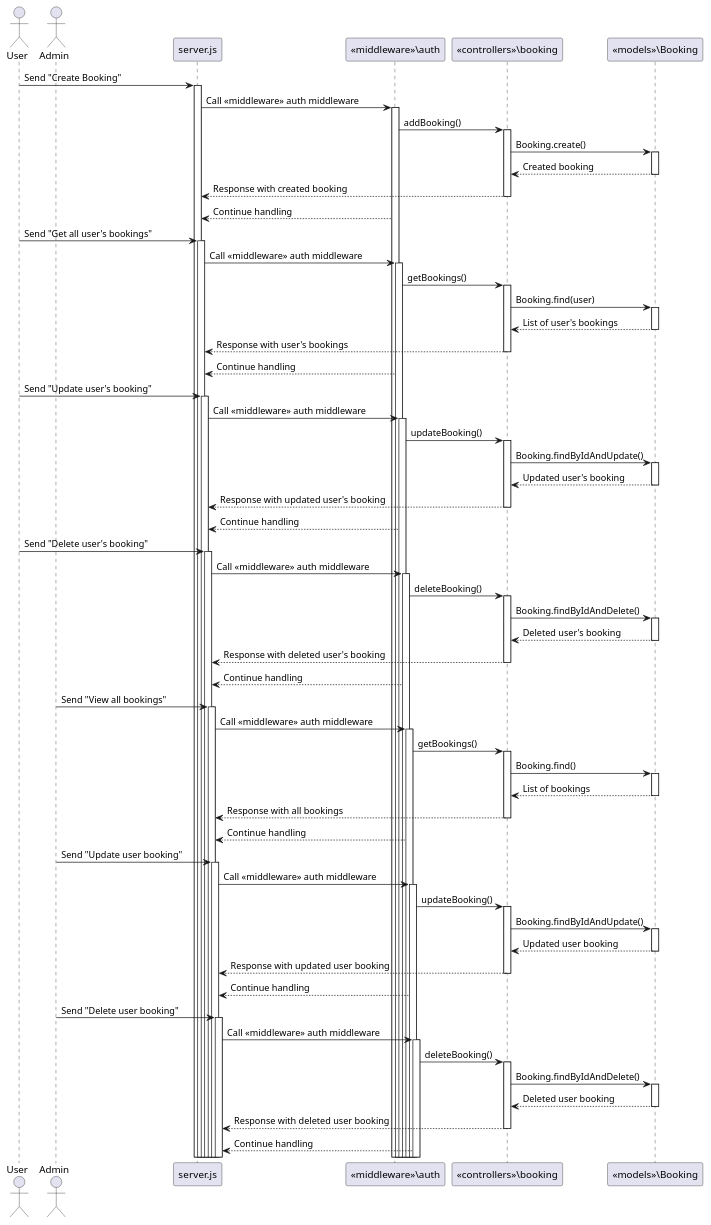
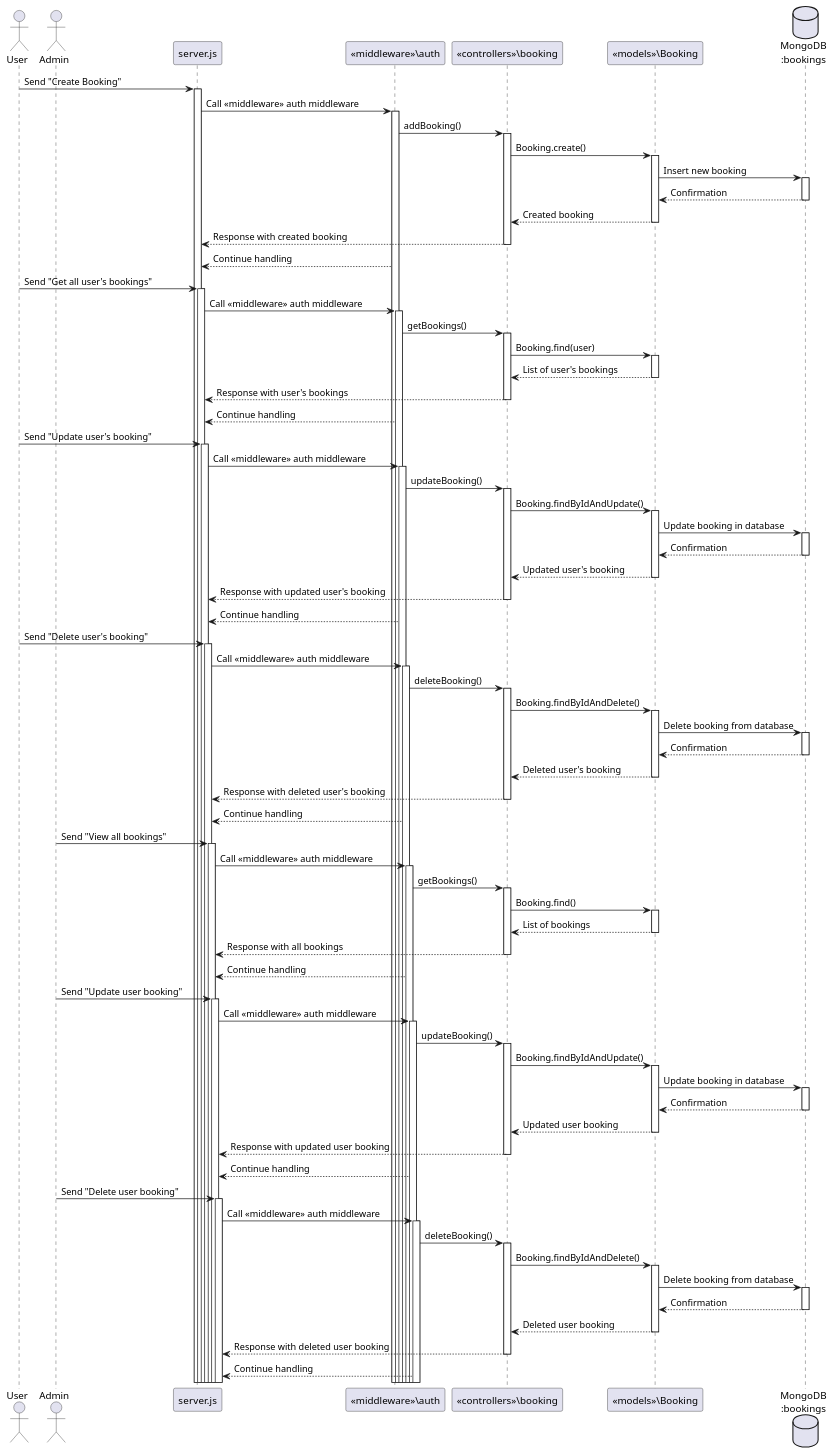
One commit to 2110503TACEDT66/presentation-day-1-becauseofyouicry changed the diagram in Sequence Diagram/booking.puml. Above: the diagram before and after it, drawn with PlantUML.

Commit message:
reqD booking3 I hope this final

```diff
--- a/Sequence Diagram/booking.puml
+++ b/Sequence Diagram/booking.puml
@@ -1,108 +1,129 @@
 @startuml
 
 actor User
 actor Admin
 participant "server.js" as Server
 participant "<<middleware>>\auth" as AuthMiddleware
 participant "<<controllers>>\booking" as BookingController
 participant "<<models>>\Booking" as BookingModel
+database "MongoDB\n:bookings" as MongoDB
 
 User -> Server: Send "Create Booking"
 activate Server
 Server -> AuthMiddleware: Call <<middleware>> auth middleware
 activate AuthMiddleware
 AuthMiddleware -> BookingController: addBooking()
 activate BookingController
 BookingController -> BookingModel: Booking.create()
 activate BookingModel
+BookingModel -> MongoDB: Insert new booking
+activate MongoDB
+MongoDB --> BookingModel: Confirmation
+deactivate MongoDB
 BookingModel --> BookingController: Created booking
 deactivate BookingModel
 BookingController --> Server: Response with created booking
 deactivate BookingController
 AuthMiddleware --> Server: Continue handling
 
 User -> Server: Send "Get all user's bookings"
 activate Server
 Server -> AuthMiddleware: Call <<middleware>> auth middleware
 activate AuthMiddleware
 AuthMiddleware -> BookingController: getBookings()
 activate BookingController
 BookingController -> BookingModel: Booking.find(user)
 activate BookingModel
 BookingModel --> BookingController: List of user's bookings
 deactivate BookingModel
 BookingController --> Server: Response with user's bookings
 deactivate BookingController
 AuthMiddleware --> Server: Continue handling
 
 User -> Server: Send "Update user's booking"
 activate Server
 Server -> AuthMiddleware: Call <<middleware>> auth middleware
 activate AuthMiddleware
 AuthMiddleware -> BookingController: updateBooking()
 activate BookingController
 BookingController -> BookingModel: Booking.findByIdAndUpdate()
 activate BookingModel
+BookingModel -> MongoDB: Update booking in database
+activate MongoDB
+MongoDB --> BookingModel: Confirmation
+deactivate MongoDB
 BookingModel --> BookingController: Updated user's booking
 deactivate BookingModel
 BookingController --> Server: Response with updated user's booking
 deactivate BookingController
 AuthMiddleware --> Server: Continue handling
 
 User -> Server: Send "Delete user's booking"
 activate Server
 Server -> AuthMiddleware: Call <<middleware>> auth middleware
 activate AuthMiddleware
 AuthMiddleware -> BookingController: deleteBooking()
 activate BookingController
 BookingController -> BookingModel: Booking.findByIdAndDelete()
 activate BookingModel
+BookingModel -> MongoDB: Delete booking from database
+activate MongoDB
+MongoDB --> BookingModel: Confirmation
+deactivate MongoDB
 BookingModel --> BookingController: Deleted user's booking
 deactivate BookingModel
 BookingController --> Server: Response with deleted user's booking
 deactivate BookingController
 AuthMiddleware --> Server: Continue handling
 
 Admin -> Server: Send "View all bookings"
 activate Server
 Server -> AuthMiddleware: Call <<middleware>> auth middleware
 activate AuthMiddleware
 AuthMiddleware -> BookingController: getBookings()
 activate BookingController
 BookingController -> BookingModel: Booking.find()
 activate BookingModel
 BookingModel --> BookingController: List of bookings
 deactivate BookingModel
 BookingController --> Server: Response with all bookings
 deactivate BookingController
 AuthMiddleware --> Server: Continue handling
 
 Admin -> Server: Send "Update user booking"
 activate Server
 Server -> AuthMiddleware: Call <<middleware>> auth middleware
 activate AuthMiddleware
 AuthMiddleware -> BookingController: updateBooking()
 activate BookingController
 BookingController -> BookingModel: Booking.findByIdAndUpdate()
 activate BookingModel
+BookingModel -> MongoDB: Update booking in database
+activate MongoDB
+MongoDB --> BookingModel: Confirmation
+deactivate MongoDB
 BookingModel --> BookingController: Updated user booking
 deactivate BookingModel
 BookingController --> Server: Response with updated user booking
 deactivate BookingController
 AuthMiddleware --> Server: Continue handling
 
 Admin -> Server: Send "Delete user booking"
 activate Server
 Server -> AuthMiddleware: Call <<middleware>> auth middleware
 activate AuthMiddleware
 AuthMiddleware -> BookingController: deleteBooking()
 activate BookingController
 BookingController -> BookingModel: Booking.findByIdAndDelete()
 activate BookingModel
+BookingModel -> MongoDB: Delete booking from database
+activate MongoDB
+MongoDB --> BookingModel: Confirmation
+deactivate MongoDB
 BookingModel --> BookingController: Deleted user booking
 deactivate BookingModel
 BookingController --> Server: Response with deleted user booking
 deactivate BookingController
 AuthMiddleware --> Server: Continue handling
 
 @enduml
```
